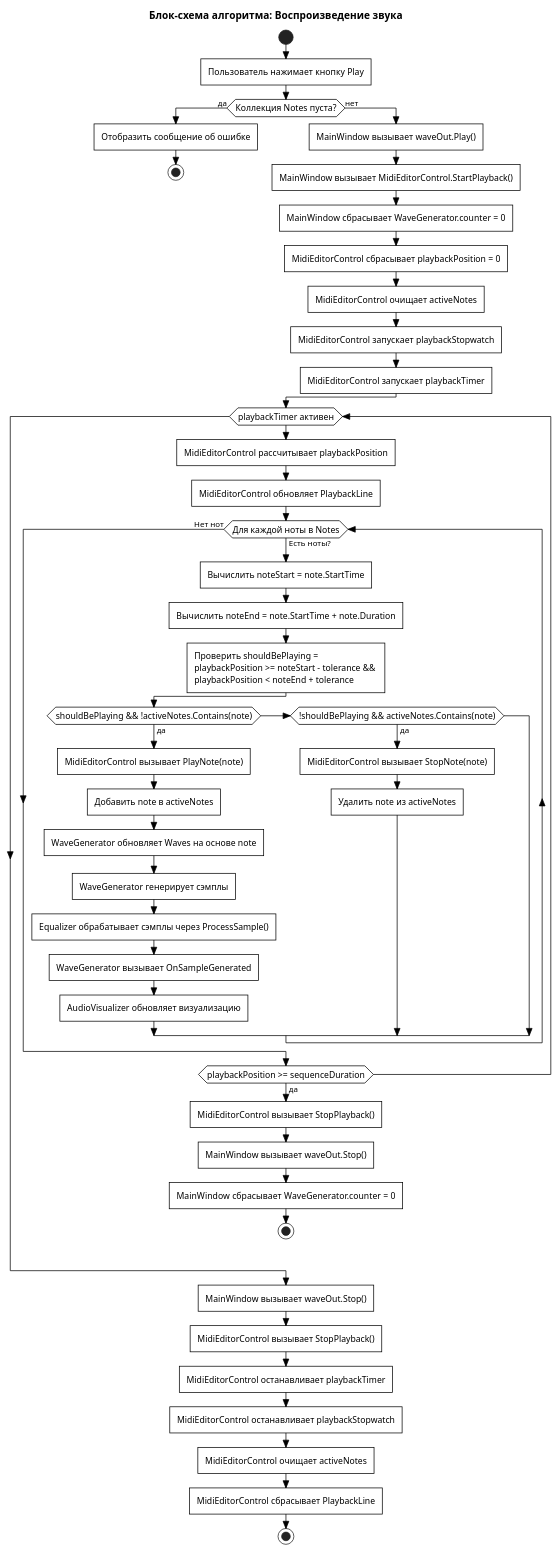
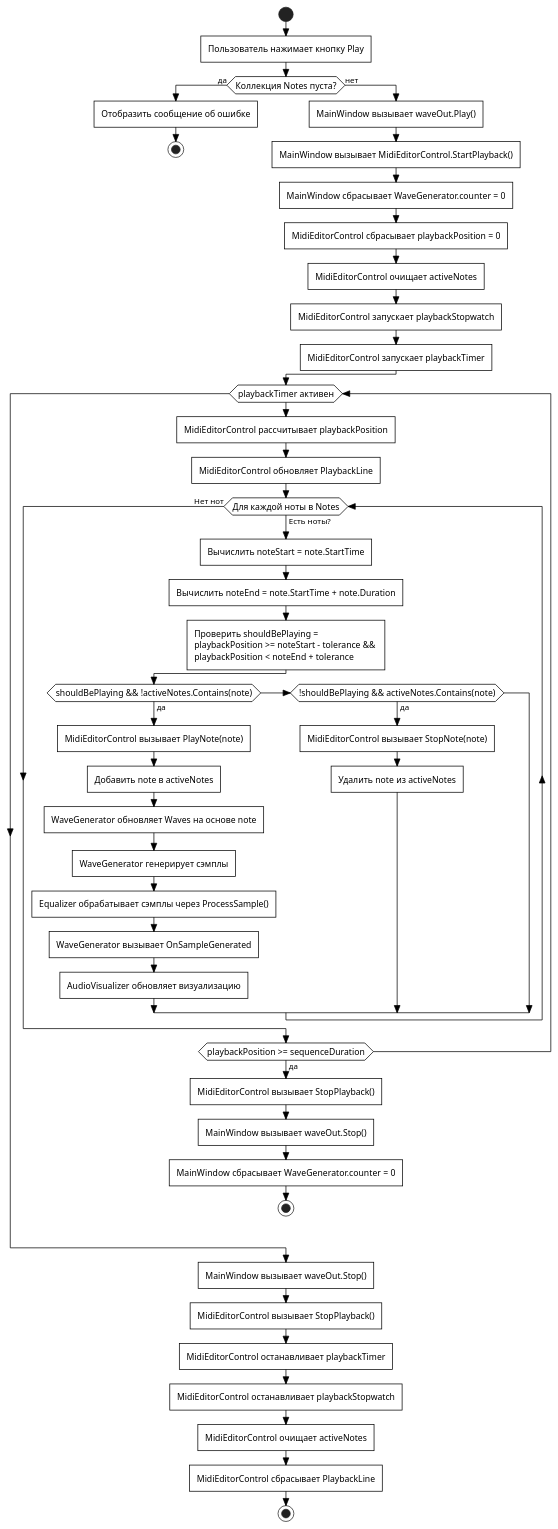
One commit to alex-pyslar/dream-synth changed the diagram in docs/activity.puml. Above: the diagram before and after it, drawn with PlantUML. The commit also changed 26 other files, not shown here.

Commit message:
Редактирование блок схем

```diff
--- a/docs/activity.puml
+++ b/docs/activity.puml
@@ -1,74 +1,72 @@
 @startuml ActivityDiagramPlayback
 
 skinparam monochrome true
 skinparam shadowing false
 skinparam activityFontSize 12
 skinparam activityFontName Arial
 skinparam activityBorderThickness 1
 skinparam activityBackgroundColor none
 skinparam activityBorderColor black
 skinparam activityCornerRadius 0
 skinparam defaultCornerRadius 0
 skinparam ArrowColor black
 skinparam ActivityDiamondCornerRadius 0
 skinparam style strictuml
 skinparam roundCorner 0
-
-title Блок-схема алгоритма: Воспроизведение звука
 
 start
 
 :Пользователь нажимает кнопку Play;
 
 if (Коллекция Notes пуста?) then (да)
   :Отобразить сообщение об ошибке;
   stop
 else (нет)
   :MainWindow вызывает waveOut.Play();
   :MainWindow вызывает MidiEditorControl.StartPlayback();
   :MainWindow сбрасывает WaveGenerator.counter = 0;
   :MidiEditorControl сбрасывает playbackPosition = 0;
   :MidiEditorControl очищает activeNotes;
   :MidiEditorControl запускает playbackStopwatch;
   :MidiEditorControl запускает playbackTimer;
 endif
 
 while (playbackTimer активен)
   :MidiEditorControl рассчитывает playbackPosition;
   :MidiEditorControl обновляет PlaybackLine;
 
   while (Для каждой ноты в Notes) is (Есть ноты?)
     :Вычислить noteStart = note.StartTime;
     :Вычислить noteEnd = note.StartTime + note.Duration;
     :Проверить shouldBePlaying = \nplaybackPosition >= noteStart - tolerance && \nplaybackPosition < noteEnd + tolerance;
     if (shouldBePlaying && !activeNotes.Contains(note)) then (да)
       :MidiEditorControl вызывает PlayNote(note);
       :Добавить note в activeNotes;
       :WaveGenerator обновляет Waves на основе note;
       :WaveGenerator генерирует сэмплы;
       :Equalizer обрабатывает сэмплы через ProcessSample();
       :WaveGenerator вызывает OnSampleGenerated;
       :AudioVisualizer обновляет визуализацию;
     else if (!shouldBePlaying && activeNotes.Contains(note)) then (да)
       :MidiEditorControl вызывает StopNote(note);
       :Удалить note из activeNotes;
     endif
   end while (Нет нот)
 
   if (playbackPosition >= sequenceDuration) then (да)
     :MidiEditorControl вызывает StopPlayback();
     :MainWindow вызывает waveOut.Stop();
     :MainWindow сбрасывает WaveGenerator.counter = 0;
     stop
   endif
 endwhile
 
 :MainWindow вызывает waveOut.Stop();
 :MidiEditorControl вызывает StopPlayback();
 :MidiEditorControl останавливает playbackTimer;
 :MidiEditorControl останавливает playbackStopwatch;
 :MidiEditorControl очищает activeNotes;
 :MidiEditorControl сбрасывает PlaybackLine;
 
 stop
 @enduml
```
